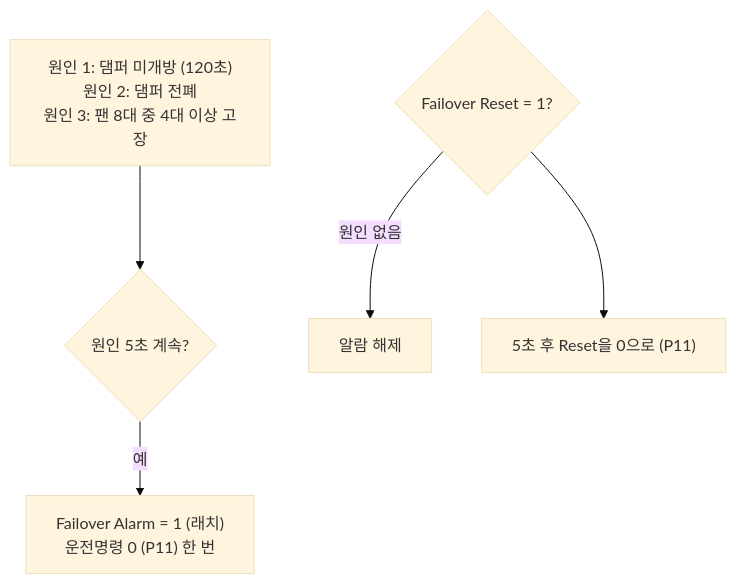
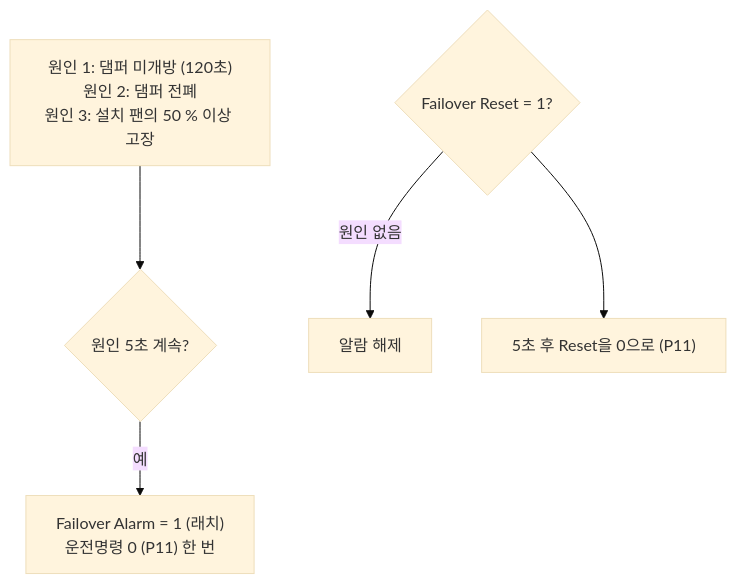
One commit to joo001121-create/FWU-logic changed diagram 12 of 12 in FWU_Logic_초보자_설명서.md. Above: the diagram before and after it, drawn with Mermaid (base theme). The commit also changed other lines of this file and 7 other files, not shown here.

````diff
--- a/FWU_Logic_초보자_설명서.md
+++ b/FWU_Logic_초보자_설명서.md
@@ -507,7 +523,7 @@
 ```mermaid
 flowchart TD
-    A["원인 1: 댐퍼 미개방 (120초)<br/>원인 2: 댐퍼 전폐<br/>원인 3: 팬 8대 중 4대 이상 고장"] --> T{"원인 5초 계속?"}
+    A["원인 1: 댐퍼 미개방 (120초)<br/>원인 2: 댐퍼 전폐<br/>원인 3: 설치 팬의 50 % 이상 고장"] --> T{"원인 5초 계속?"}
     T -->|"예"| F["Failover Alarm = 1 (래치)<br/>운전명령 0 (P11) 한 번"]
     R{"Failover Reset = 1?"} -->|"원인 없음"| R1["알람 해제"]
     R --> R2["5초 후 Reset을 0으로 (P11)"]
 ```
````
